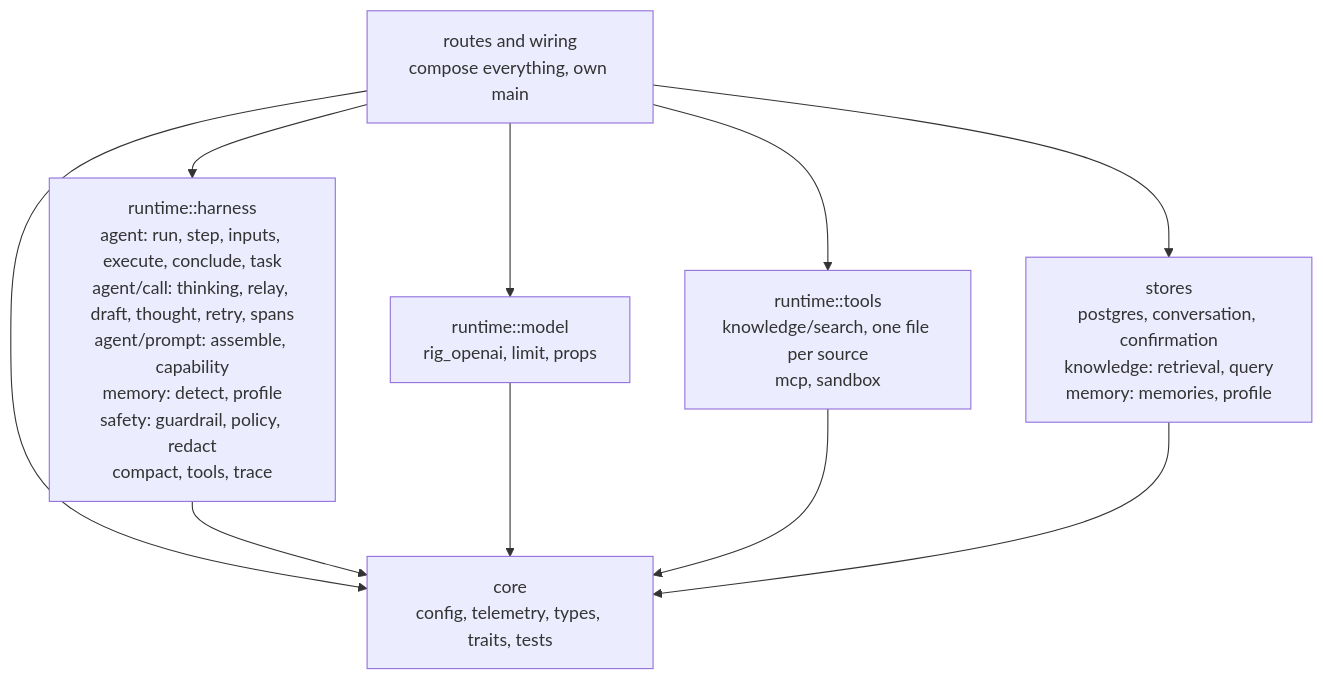
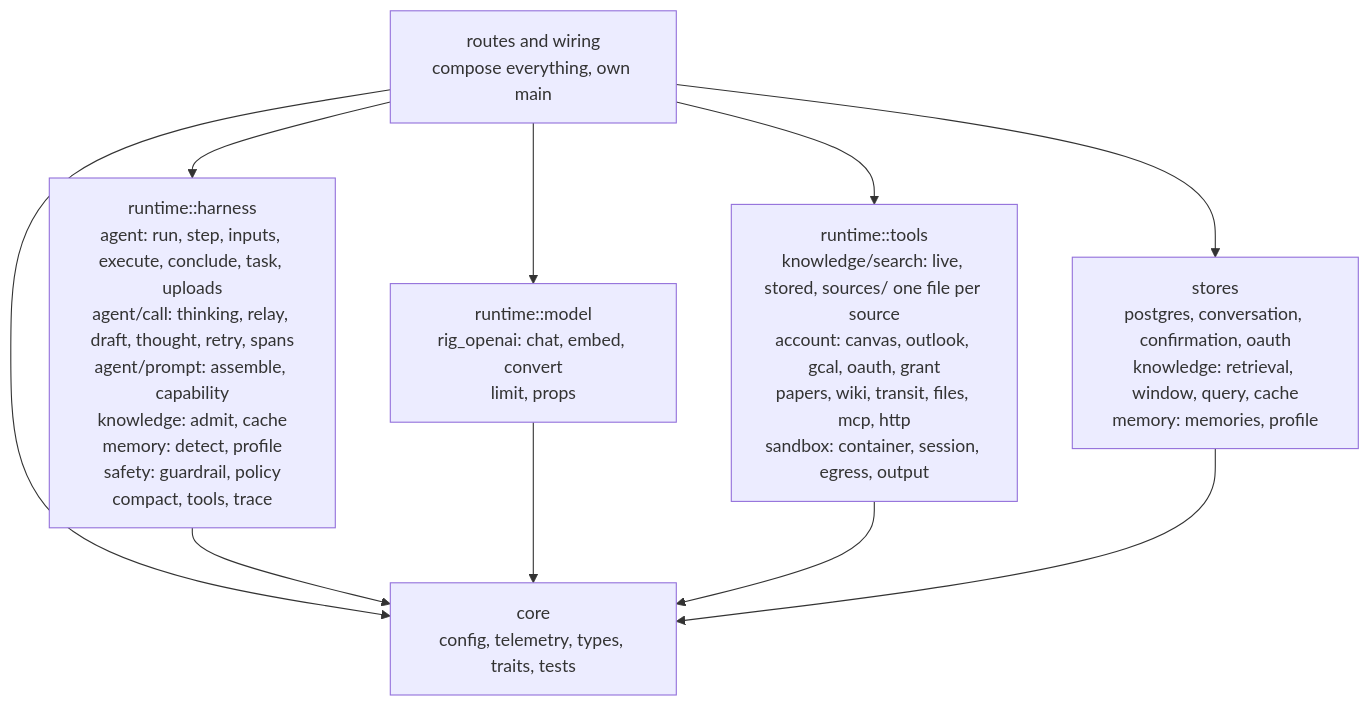
One commit to ashworks1706/SparkyAI changed the second of 10 diagrams in docs/ARCHITECTURE.md. Above: the diagram before and after it, drawn with Mermaid. The commit also changed other lines of this file and 1 other file, not shown here.

First line of the commit message:
Update the engine layout in ARCHITECTURE.md to match the tree

````diff
--- a/docs/ARCHITECTURE.md
+++ b/docs/ARCHITECTURE.md
@@ -136,19 +136,19 @@
 ```mermaid
 flowchart TD
     ROUTES["routes and wiring<br/>compose everything, own main"]
-    HARNESS["runtime::harness<br/>agent: run, step, inputs, execute, conclude, task<br/>agent/call: thinking, relay, draft, thought, retry, spans<br/>agent/prompt: assemble, capability<br/>memory: detect, profile<br/>safety: guardrail, policy, redact<br/>compact, tools, trace"]
-    MODEL["runtime::model<br/>rig_openai, limit, props"]
-    TOOLS["runtime::tools<br/>knowledge/search, one file per source<br/>mcp, sandbox"]
-    STORES["stores<br/>postgres, conversation, confirmation<br/>knowledge: retrieval, query<br/>memory: memories, profile"]
+    HARNESS["runtime::harness<br/>agent: run, step, inputs, execute, conclude, task, uploads<br/>agent/call: thinking, relay, draft, thought, retry, spans<br/>agent/prompt: assemble, capability<br/>knowledge: admit, cache<br/>memory: detect, profile<br/>safety: guardrail, policy<br/>compact, tools, trace"]
+    MODEL["runtime::model<br/>rig_openai: chat, embed, convert<br/>limit, props"]
+    TOOLS["runtime::tools<br/>knowledge/search: live, stored, sources/ one file per source<br/>account: canvas, outlook, gcal, oauth, grant<br/>papers, wiki, transit, files, mcp, http<br/>sandbox: container, session, egress, output"]
+    STORES["stores<br/>postgres, conversation, confirmation, oauth<br/>knowledge: retrieval, window, query, cache<br/>memory: memories, profile"]
     CORE["core<br/>config, telemetry, types, traits, tests"]
 
     ROUTES --> HARNESS
     ROUTES --> MODEL
     ROUTES --> TOOLS
     ROUTES --> STORES
     ROUTES --> CORE
     HARNESS --> CORE
     MODEL --> CORE
     TOOLS --> CORE
     STORES --> CORE
 ```
````
